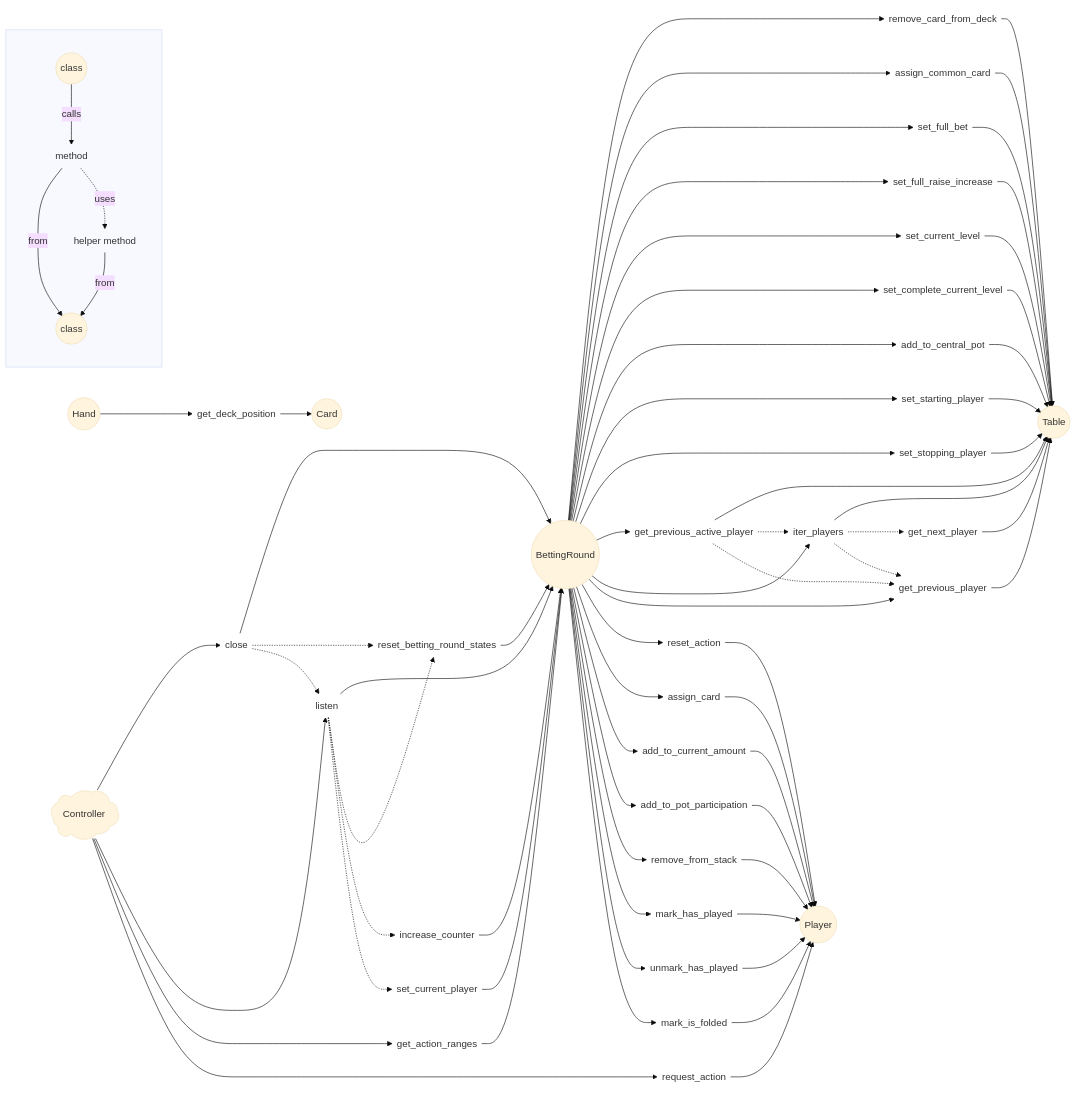
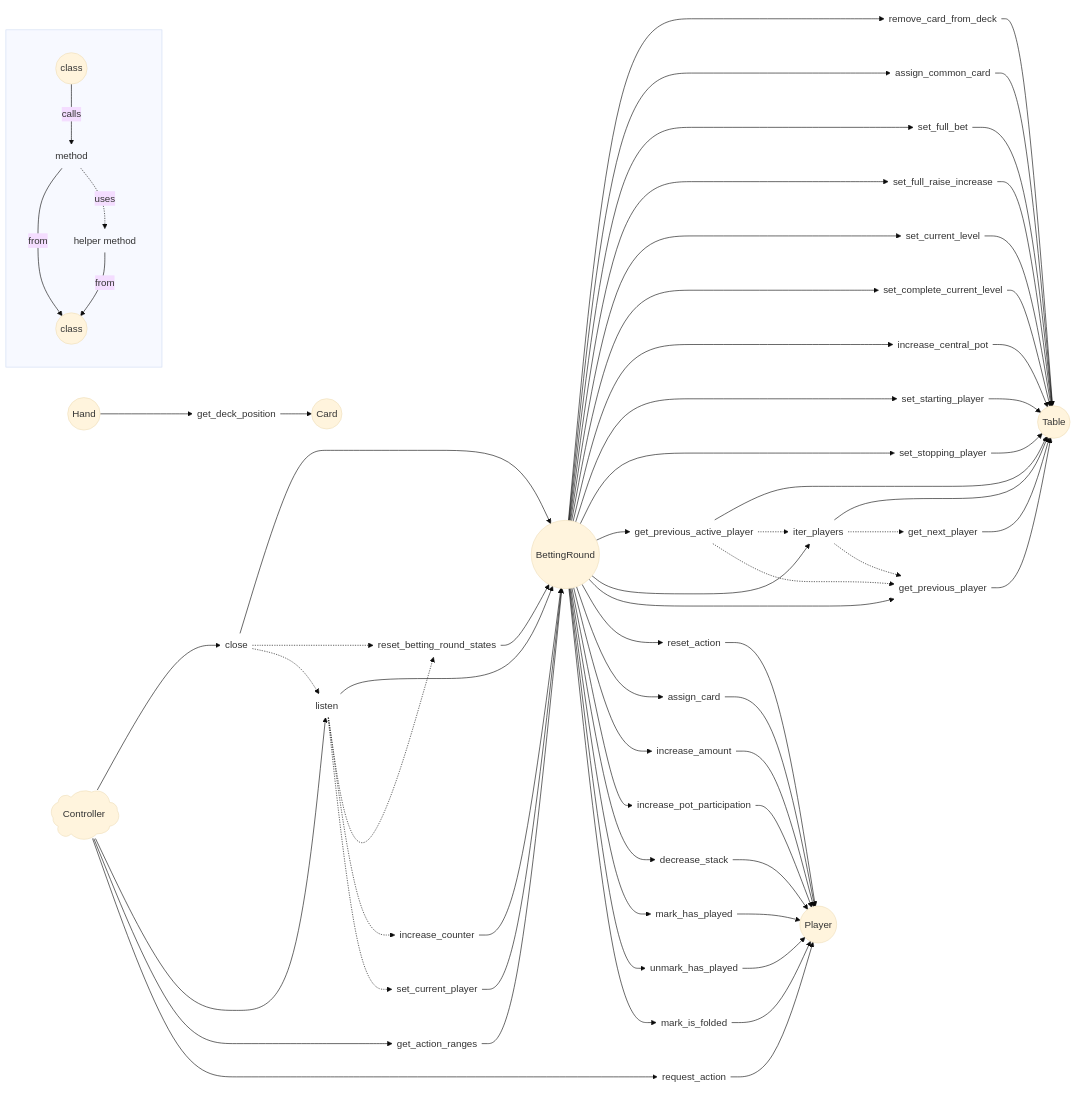
One commit to jorsaland/pokerpy changed the diagram in MODEL.md. Above: the diagram before and after it, drawn with Mermaid (base theme). The commit also changed other lines of this file and 27 other files, not shown here.

```diff
--- a/MODEL.md
+++ b/MODEL.md
@@ -33,7 +130,7 @@
     T.set_full_raise_increase(set_full_raise_increase)@{ shape: text } --> T
     T.set_current_level(set_current_level)@{ shape: text } --> T
     T.set_complete_current_level(set_complete_current_level)@{ shape: text } --> T
-    T.add_to_central_pot(add_to_central_pot)@{ shape: text } --> T
+    T.increase_central_pot(increase_central_pot)@{ shape: text } --> T
     T.set_starting_player(set_starting_player)@{ shape: text } --> T
     T.set_stopping_player(set_stopping_player)@{ shape: text } --> T
     T.get_previous_player(get_previous_player)@{ shape: text } --> T
@@ -47,9 +144,9 @@
     P.request_action(request_action)@{ shape: text } --> P
     P.reset_action(reset_action)@{ shape: text } --> P
     P.assign_card(assign_card)@{ shape: text } --> P
-    P.add_to_current_amount(add_to_current_amount)@{ shape: text } --> P
-    P.add_to_pot_participation(add_to_pot_participation)@{ shape: text } --> P
-    P.remove_from_stack(remove_from_stack)@{ shape: text } --> P
+    P.increase_amount(increase_amount)@{ shape: text } --> P
+    P.increase_pot_participation(increase_pot_participation)@{ shape: text } --> P
+    P.decrease_stack(decrease_stack)@{ shape: text } --> P
     P.mark_has_played(mark_has_played)@{ shape: text } --> P
     P.unmark_has_played(unmark_has_played)@{ shape: text } --> P
     P.mark_is_folded(mark_is_folded)@{ shape: text } --> P
@@ -74,7 +171,7 @@
     BR --> T.set_full_raise_increase
     BR --> T.set_current_level
     BR --> T.set_complete_current_level
-    BR --> T.add_to_central_pot
+    BR --> T.increase_central_pot
     BR --> T.set_starting_player
     BR --> T.set_stopping_player
     BR --> T.get_previous_active_player
@@ -83,9 +180,9 @@
 
     BR --> P.reset_action
     BR --> P.assign_card
-    BR --> P.add_to_current_amount
-    BR --> P.add_to_pot_participation
-    BR --> P.remove_from_stack
+    BR --> P.increase_amount
+    BR --> P.increase_pot_participation
+    BR --> P.decrease_stack
     BR --> P.mark_has_played
     BR --> P.unmark_has_played
     BR --> P.mark_is_folded
```
